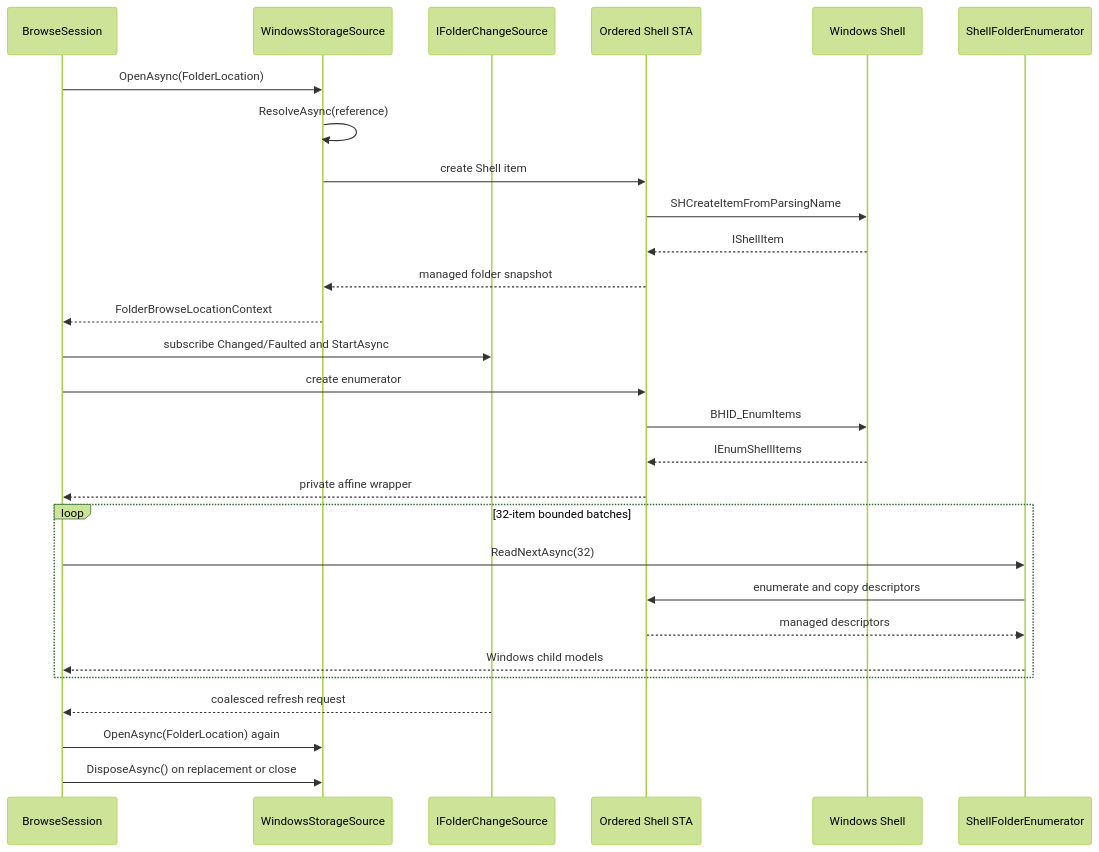
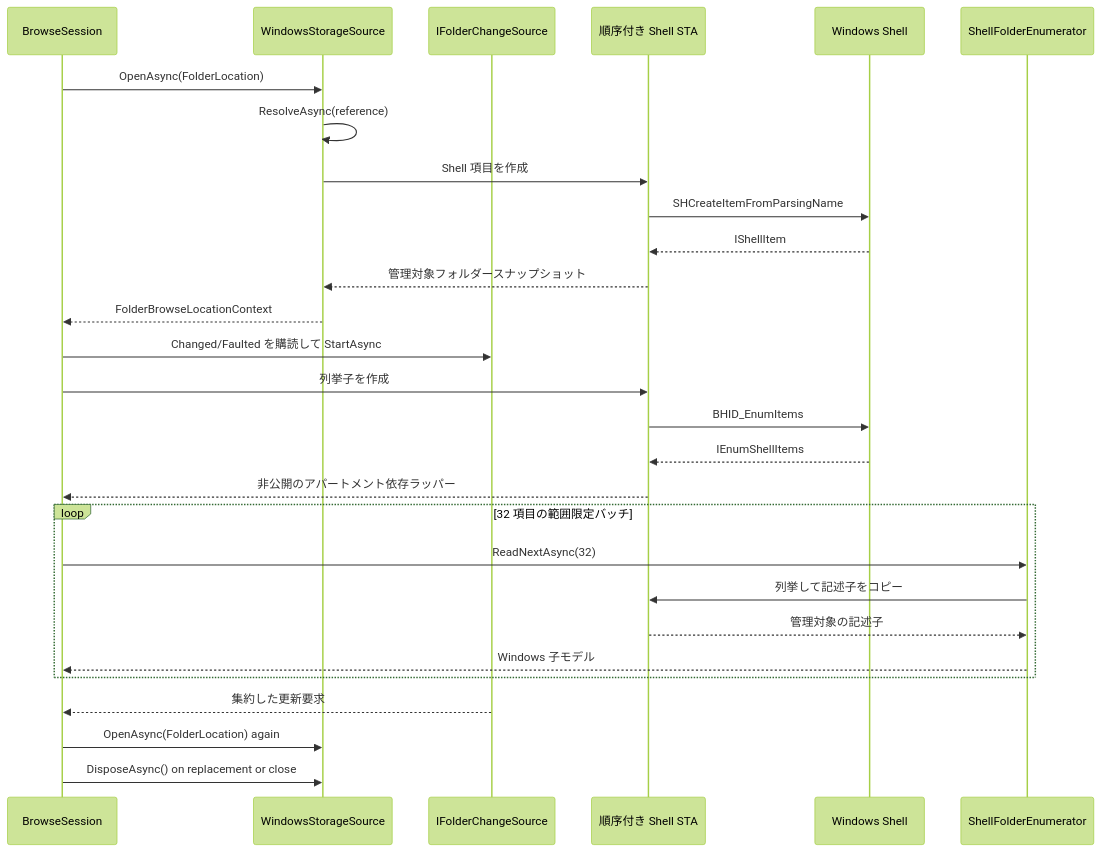
One commit to 0x5bfa/Files changed the sixth of 8 diagrams in docs/architecture/windows-storage.md. Above: the diagram before and after it, drawn with Mermaid (forest theme). The commit also changed other lines of this file and 18 other files, not shown here.

Commit message:
Translate architecture docs to Japanese

````diff
--- a/docs/architecture/windows-storage.md
+++ b/docs/architecture/windows-storage.md
@@ -182,31 +187,31 @@
 ```mermaid
 sequenceDiagram
     participant Session as BrowseSession
     participant Source as WindowsStorageSource
     participant Changes as IFolderChangeSource
-    participant STA as Ordered Shell STA
+    participant STA as 順序付き Shell STA
     participant Shell as Windows Shell
     participant Enum as ShellFolderEnumerator
 
     Session->>Source: OpenAsync(FolderLocation)
     Source->>Source: ResolveAsync(reference)
-    Source->>STA: create Shell item
+    Source->>STA: Shell 項目を作成
     STA->>Shell: SHCreateItemFromParsingName
     Shell-->>STA: IShellItem
-    STA-->>Source: managed folder snapshot
+    STA-->>Source: 管理対象フォルダースナップショット
     Source-->>Session: FolderBrowseLocationContext
-    Session->>Changes: subscribe Changed/Faulted and StartAsync
-    Session->>STA: create enumerator
+    Session->>Changes: Changed/Faulted を購読して StartAsync
+    Session->>STA: 列挙子を作成
     STA->>Shell: BHID_EnumItems
     Shell-->>STA: IEnumShellItems
-    STA-->>Session: private affine wrapper
-    loop 32-item bounded batches
+    STA-->>Session: 非公開のアパートメント依存ラッパー
+    loop 32 項目の範囲限定バッチ
         Session->>Enum: ReadNextAsync(32)
-        Enum->>STA: enumerate and copy descriptors
-        STA-->>Enum: managed descriptors
-        Enum-->>Session: Windows child models
+        Enum->>STA: 列挙して記述子をコピー
+        STA-->>Enum: 管理対象の記述子
+        Enum-->>Session: Windows 子モデル
     end
-    Changes-->>Session: coalesced refresh request
+    Changes-->>Session: 集約した更新要求
     Session->>Source: OpenAsync(FolderLocation) again
     Session->>Source: DisposeAsync() on replacement or close
 ```
````
